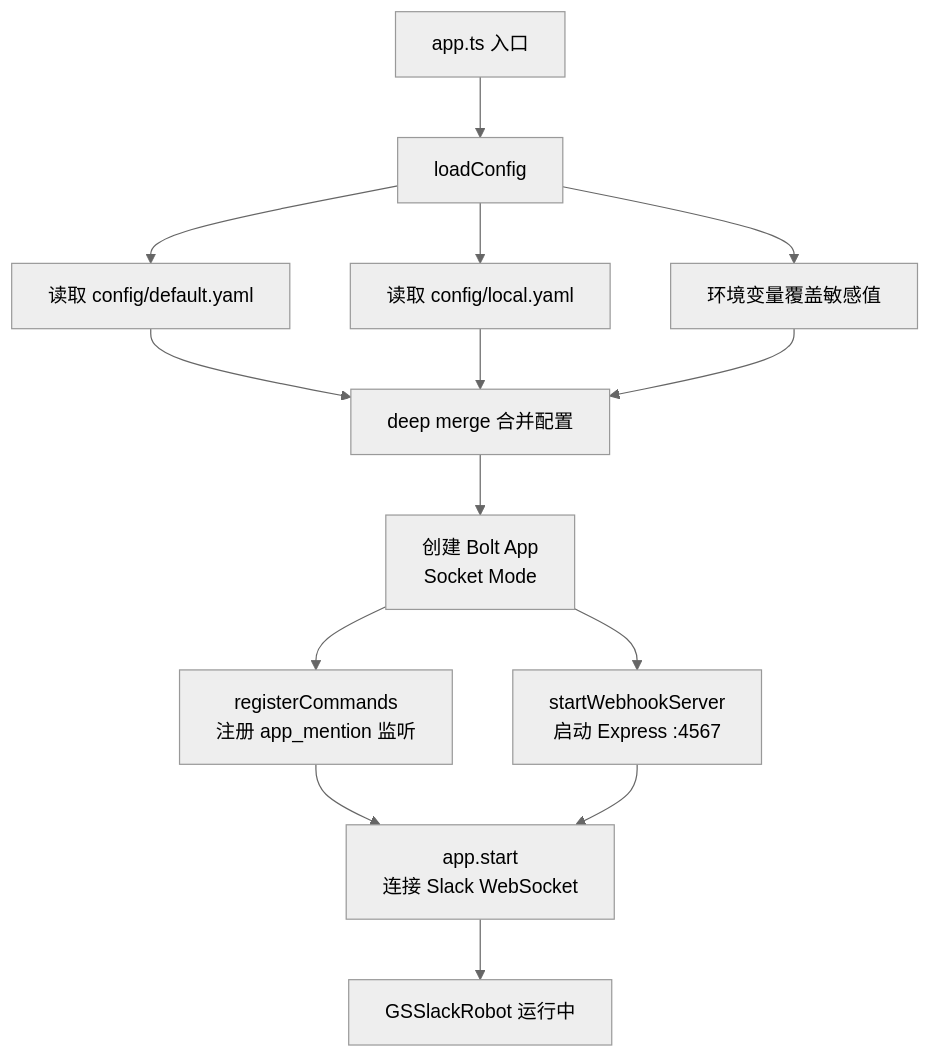
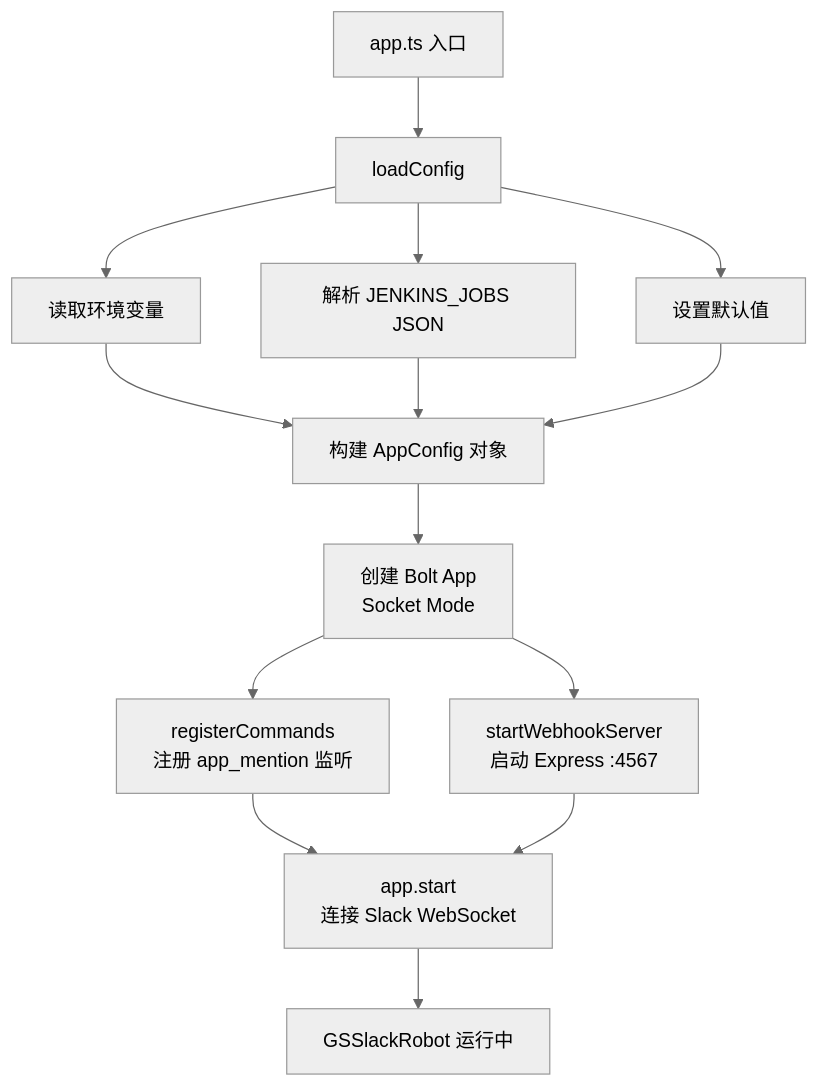
One commit to kavenGw/GSSlackRobot changed the first of 9 diagrams in docs/flowchart.md. Above: the diagram before and after it, drawn with Mermaid (neutral theme). The commit also changed other lines of this file and 2 other files, not shown here.

First line of the commit message:
docs: add comprehensive technical documentation and flowcharts

````diff
--- a/docs/flowchart.md
+++ b/docs/flowchart.md
@@ -5,13 +5,13 @@
 ```mermaid
 flowchart TD
     A[app.ts 入口] --> B[loadConfig]
-    B --> B1[读取 config/default.yaml]
-    B --> B2[读取 config/local.yaml]
-    B --> B3[环境变量覆盖敏感值]
-    B1 & B2 & B3 --> C[deep merge 合并配置]
+    B --> B1[读取环境变量]
+    B --> B2[解析 JENKINS_JOBS JSON]
+    B --> B3[设置默认值]
+    B1 & B2 & B3 --> C[构建 AppConfig 对象]
     C --> D[创建 Bolt App<br/>Socket Mode]
     D --> E[registerCommands<br/>注册 app_mention 监听]
     D --> F[startWebhookServer<br/>启动 Express :4567]
     E & F --> G[app.start<br/>连接 Slack WebSocket]
     G --> H[GSSlackRobot 运行中]
 ```
````
